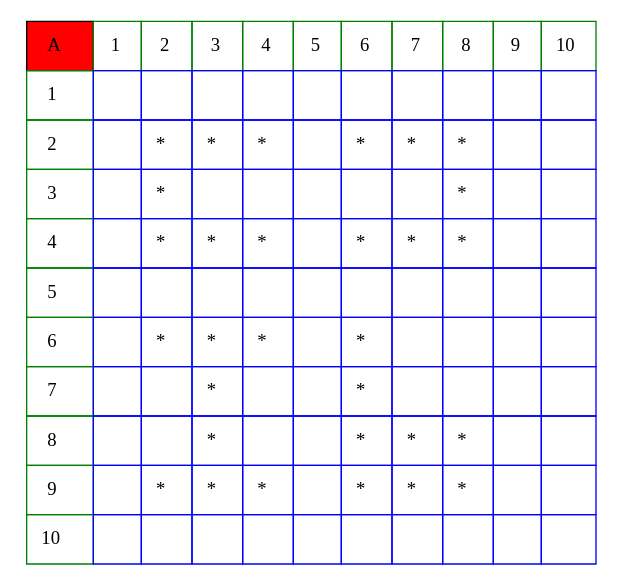
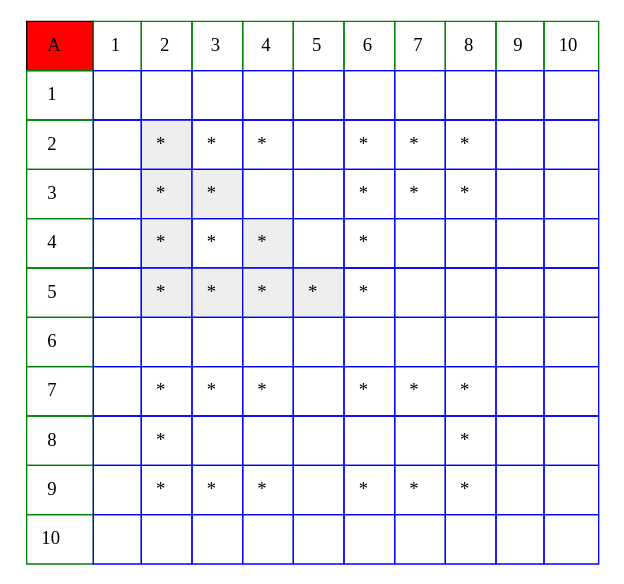
One commit to AbidelLux/Proyecto02_1S2021IPC2_JAMES changed the diagram in Resultado.dot. Above: the diagram before and after it, drawn with Graphviz. The commit also changed 12 other files, not shown here.

```diff
--- a/Resultado.dot
+++ b/Resultado.dot
@@ -1,21 +1,21 @@
 digraph {
 	tbl [
 	size="4,4"
 	shape=plaintext
 	label=<
 
 		<table border="0" color="green" cellpadding="10" cellborder="1" cellspacing="0">
 	<tr><td bgcolor = "red" color="black"> A </td><td color="green">1</td><td color="green">2</td><td color="green">3</td><td color="green">4</td><td color="green">5</td><td color="green">6</td><td color="green">7</td><td color="green">8</td><td color="green">9</td><td color="green">10</td></tr>
 			<tr><td color="green"> 1 </td><td color="blue">   </td><td color="blue">   </td><td color="blue">   </td><td color="blue">   </td><td color="blue">   </td><td color="blue">   </td><td color="blue">   </td><td color="blue">   </td><td color="blue">   </td><td color="blue">   </td></tr>
-			<tr><td color="green"> 2 </td><td color="blue">   </td><td color="blue"> * </td><td color="blue"> * </td><td color="blue"> * </td><td color="blue">   </td><td color="blue"> * </td><td color="blue"> * </td><td color="blue"> * </td><td color="blue">   </td><td color="blue">   </td></tr>
-			<tr><td color="green"> 3 </td><td color="blue">   </td><td color="blue"> * </td><td color="blue">   </td><td color="blue">   </td><td color="blue">   </td><td color="blue">   </td><td color="blue">   </td><td color="blue"> * </td><td color="blue">   </td><td color="blue">   </td></tr>
-			<tr><td color="green"> 4 </td><td color="blue">   </td><td color="blue"> * </td><td color="blue"> * </td><td color="blue"> * </td><td color="blue">   </td><td color="blue"> * </td><td color="blue"> * </td><td color="blue"> * </td><td color="blue">   </td><td color="blue">   </td></tr>
-			<tr><td color="green"> 5 </td><td color="blue">   </td><td color="blue">   </td><td color="blue">   </td><td color="blue">   </td><td color="blue">   </td><td color="blue">   </td><td color="blue">   </td><td color="blue">   </td><td color="blue">   </td><td color="blue">   </td></tr>
-			<tr><td color="green"> 6 </td><td color="blue">   </td><td color="blue"> * </td><td color="blue"> * </td><td color="blue"> * </td><td color="blue">   </td><td color="blue"> * </td><td color="blue">   </td><td color="blue">   </td><td color="blue">   </td><td color="blue">   </td></tr>
-			<tr><td color="green"> 7 </td><td color="blue">   </td><td color="blue">   </td><td color="blue"> * </td><td color="blue">   </td><td color="blue">   </td><td color="blue"> * </td><td color="blue">   </td><td color="blue">   </td><td color="blue">   </td><td color="blue">   </td></tr>
-			<tr><td color="green"> 8 </td><td color="blue">   </td><td color="blue">   </td><td color="blue"> * </td><td color="blue">   </td><td color="blue">   </td><td color="blue"> * </td><td color="blue"> * </td><td color="blue"> * </td><td color="blue">   </td><td color="blue">   </td></tr>
+			<tr><td color="green"> 2 </td><td color="blue">   </td><td color="blue" bgcolor="#eeeeee"> * </td><td color="blue"> * </td><td color="blue"> * </td><td color="blue">   </td><td color="blue"> * </td><td color="blue"> * </td><td color="blue"> * </td><td color="blue">   </td><td color="blue">   </td></tr>
+			<tr><td color="green"> 3 </td><td color="blue">   </td><td color="blue" bgcolor="#eeeeee"> * </td><td color="blue" bgcolor="#eeeeee"> * </td><td color="blue">   </td><td color="blue">   </td><td color="blue"> * </td><td color="blue"> * </td><td color="blue"> * </td><td color="blue">   </td><td color="blue">   </td></tr>
+			<tr><td color="green"> 4 </td><td color="blue">   </td><td color="blue" bgcolor="#eeeeee"> * </td><td color="blue"> * </td><td color="blue" bgcolor="#eeeeee"> * </td><td color="blue">   </td><td color="blue"> * </td><td color="blue">   </td><td color="blue">   </td><td color="blue">   </td><td color="blue">   </td></tr>
+			<tr><td color="green"> 5 </td><td color="blue">   </td><td color="blue" bgcolor="#eeeeee"> * </td><td color="blue" bgcolor="#eeeeee"> * </td><td color="blue" bgcolor="#eeeeee"> * </td><td color="blue" bgcolor="#eeeeee"> * </td><td color="blue"> * </td><td color="blue">   </td><td color="blue">   </td><td color="blue">   </td><td color="blue">   </td></tr>
+			<tr><td color="green"> 6 </td><td color="blue">   </td><td color="blue">   </td><td color="blue">   </td><td color="blue">   </td><td color="blue">   </td><td color="blue">   </td><td color="blue">   </td><td color="blue">   </td><td color="blue">   </td><td color="blue">   </td></tr>
+			<tr><td color="green"> 7 </td><td color="blue">   </td><td color="blue"> * </td><td color="blue"> * </td><td color="blue"> * </td><td color="blue">   </td><td color="blue"> * </td><td color="blue"> * </td><td color="blue"> * </td><td color="blue">   </td><td color="blue">   </td></tr>
+			<tr><td color="green"> 8 </td><td color="blue">   </td><td color="blue"> * </td><td color="blue">   </td><td color="blue">   </td><td color="blue">   </td><td color="blue">   </td><td color="blue">   </td><td color="blue"> * </td><td color="blue">   </td><td color="blue">   </td></tr>
 			<tr><td color="green"> 9 </td><td color="blue">   </td><td color="blue"> * </td><td color="blue"> * </td><td color="blue"> * </td><td color="blue">   </td><td color="blue"> * </td><td color="blue"> * </td><td color="blue"> * </td><td color="blue">   </td><td color="blue">   </td></tr>
 			<tr><td color="green"> 10 </td><td color="blue">   </td><td color="blue">   </td><td color="blue">   </td><td color="blue">   </td><td color="blue">   </td><td color="blue">   </td><td color="blue">   </td><td color="blue">   </td><td color="blue">   </td><td color="blue">   </td></tr>
 			</table>
 		>];
 }
```
